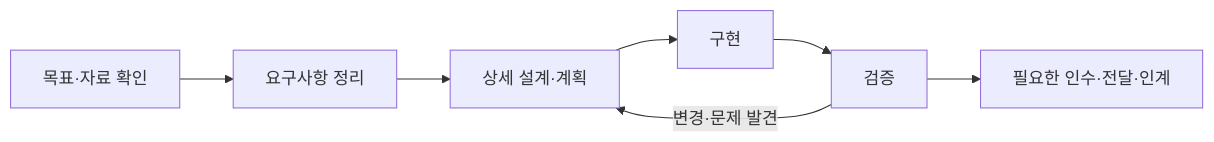
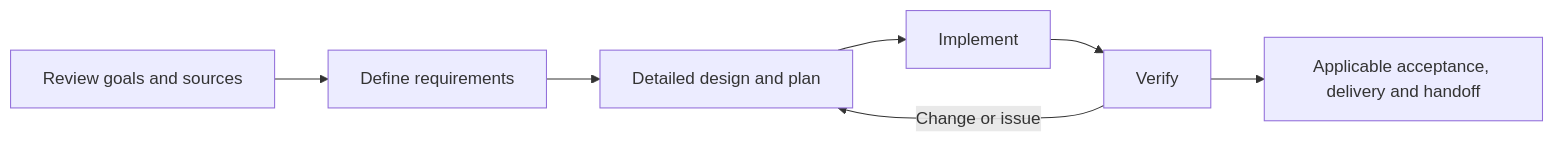
The diagram in README.md (exoluse/project_harness), drawn with Mermaid before and after one commit. The commit also changed other lines of this file and 2 other files, not shown here.

````diff
--- a/README.md
+++ b/README.md
@@ -78,9 +78,9 @@
 ```mermaid
 flowchart LR
-    A["목표·자료 확인"] --> B["요구사항 정리"]
-    B --> C["상세 설계·계획"]
-    C --> D["구현"]
-    D --> E["검증"]
-    E --> F["필요한 인수·전달·인계"]
-    E -->|변경·문제 발견| C
+    A["Review goals and sources"] --> B["Define requirements"]
+    B --> C["Detailed design and plan"]
+    C --> D["Implement"]
+    D --> E["Verify"]
+    E --> F["Applicable acceptance, delivery and handoff"]
+    E -->|Change or issue| C
 ```
````
